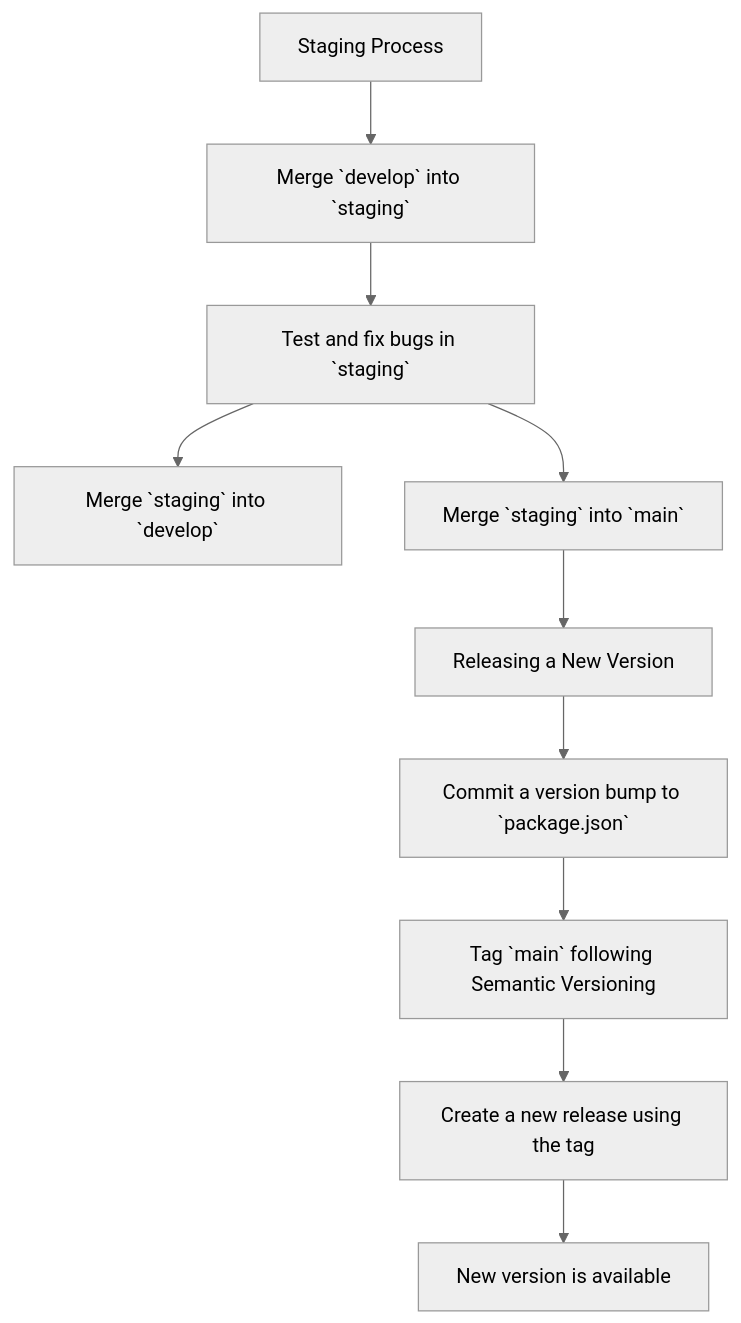
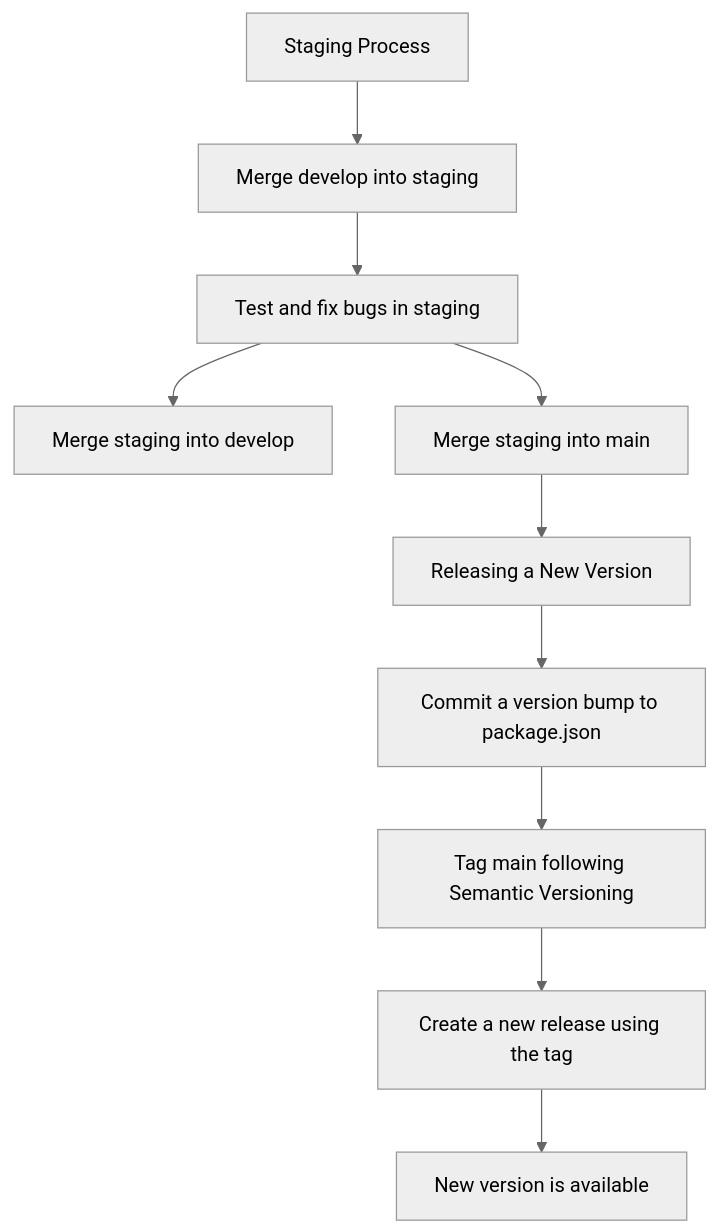
One commit to BootNodeDev/dAppBooster changed the third of 3 diagrams in CONTRIBUTING.md. Above: the diagram before and after it, drawn with Mermaid (neutral theme). The commit also changed other lines of this file, not shown here.

Commit message:
Update CONTRIBUTING.md
fix `unsupported markdown` error

````diff
--- a/CONTRIBUTING.md
+++ b/CONTRIBUTING.md
@@ -127,26 +127,26 @@
 ```mermaid
 graph TD
     C[Staging Process]
-    C1[Merge `develop` into `staging`]
-    C2[Test and fix bugs in `staging`]
-    C3[Merge `staging` into `develop`]
-    C4[Merge `staging` into `main`]
+    C1[Merge develop into staging]
+    C2[Test and fix bugs in staging]
+    C3[Merge staging into develop]
+    C4[Merge staging into main]
 
     D[Releasing a New Version]
-    D0[Commit a version bump to `package.json`]
-    D1[Tag `main` following Semantic Versioning]
+    D0[Commit a version bump to package.json]
+    D1[Tag main following Semantic Versioning]
     D2[Create a new release using the tag]
     D3[New version is available]
 
     C --> C1
     C1 --> C2
     C2 --> C3
     C2 --> C4
 
     D --> D0
     D0 --> D1
     D1 --> D2
     D2 --> D3
 
     C4 --> D
 ```
````
